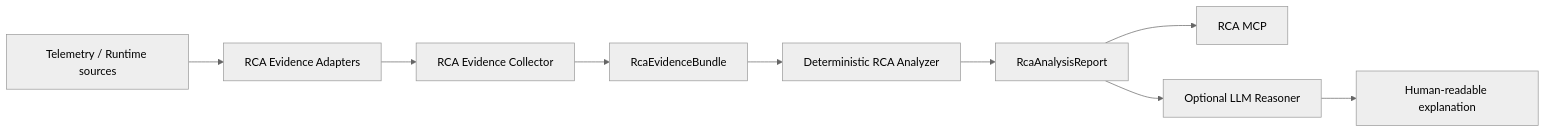
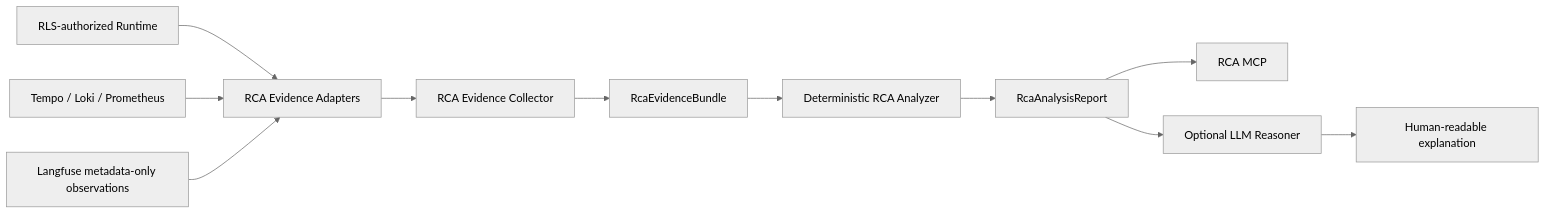
The diagram in docs/decisions/ADR-017-automated-root-cause-analysis.md (aboerzel/industrial-ai-agent), drawn with Mermaid (neutral theme) before and after one commit. The commit also changed other lines of this file and 7 other files, not shown here.

Commit message:
feat(rca): add Langfuse evidence integration

````diff
--- a/docs/decisions/ADR-017-automated-root-cause-analysis.md
+++ b/docs/decisions/ADR-017-automated-root-cause-analysis.md
@@ -20,11 +20,13 @@
 ```mermaid
 flowchart LR
-    Sources["Telemetry / Runtime sources"] --> Adapters["RCA Evidence Adapters"]
+    Runtime["RLS-authorized Runtime"] --> Adapters["RCA Evidence Adapters"]
+    Tempo["Tempo / Loki / Prometheus"] --> Adapters
+    Langfuse["Langfuse metadata-only observations"] --> Adapters
     Adapters --> Collector["RCA Evidence Collector"]
     Collector --> Bundle["RcaEvidenceBundle"]
     Bundle --> Analyzer["Deterministic RCA Analyzer"]
     Analyzer --> Report["RcaAnalysisReport"]
     Report --> Mcp["RCA MCP"]
     Report --> Reasoner["Optional LLM Reasoner"]
     Reasoner --> Explanation["Human-readable explanation"]
 ```
````
